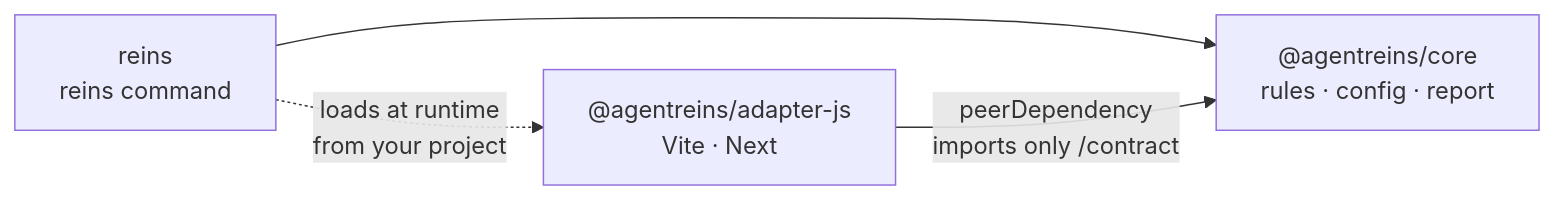
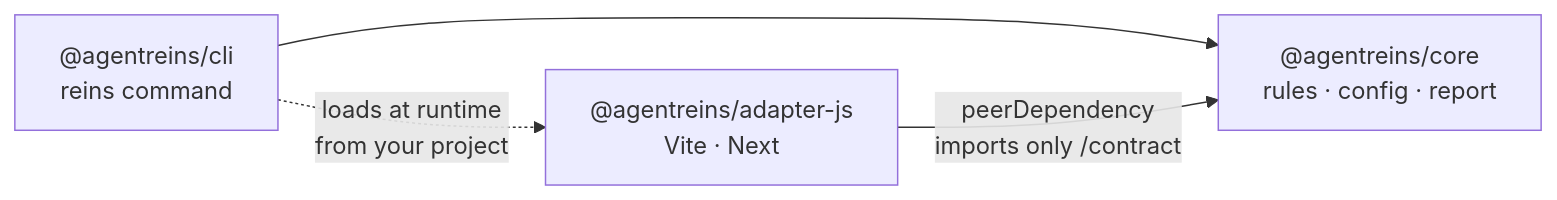
One commit to fredarcito/reins changed the seventh of 15 diagrams in README.md. Above: the diagram before and after it, drawn with Mermaid. The commit also changed other lines of this file and 16 other files, not shown here.

````diff
--- a/README.md
+++ b/README.md
@@ -231,6 +231,6 @@
 ```mermaid
 flowchart LR
-    cli["reins<br/>reins command"] --> core["@agentreins/core<br/>rules · config · report"]
+    cli["@agentreins/cli<br/>reins command"] --> core["@agentreins/core<br/>rules · config · report"]
     cli -. "loads at runtime<br/>from your project" .-> adapter["@agentreins/adapter-js<br/>Vite · Next"]
     adapter -- "peerDependency<br/>imports only /contract" --> core
 ```
````
